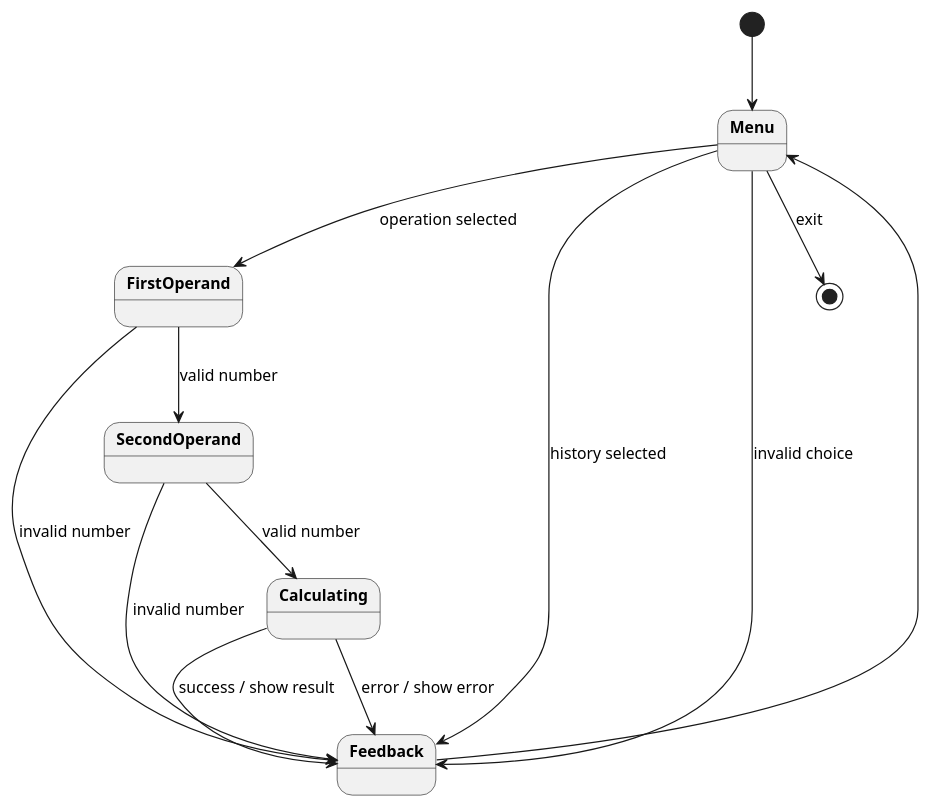
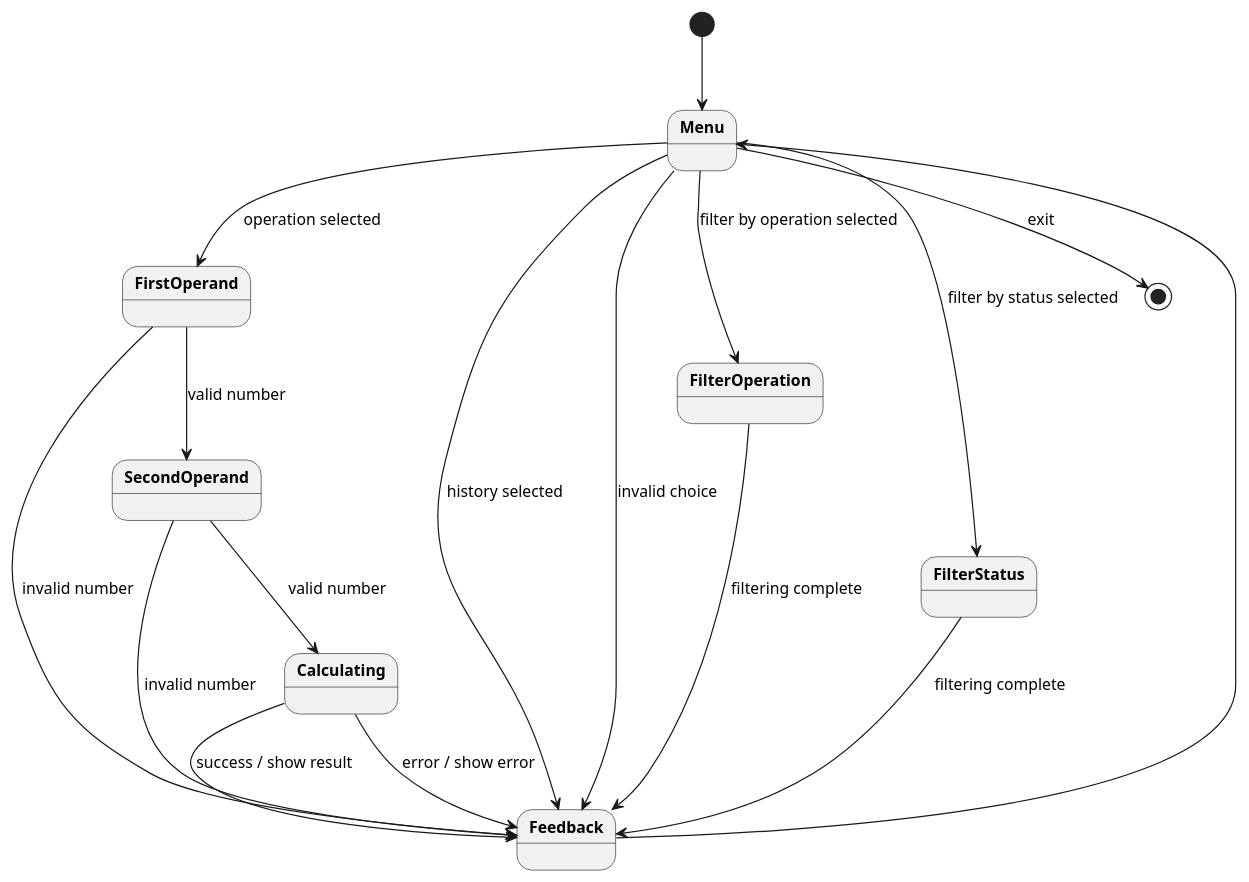
Before and after one commit to DanielRiha8906/Software_autoevolution_using_agents: the diagram in experiments/pipeline/structured_text/calculator/artifacts/state_diagram_interactive.puml, drawn with PlantUML. The commit also changed 11 other files, not shown here.

```diff
--- a/experiments/pipeline/structured_text/calculator/artifacts/state_diagram_interactive.puml
+++ b/experiments/pipeline/structured_text/calculator/artifacts/state_diagram_interactive.puml
@@ -1,25 +1,30 @@
 @startuml
 
 skinparam defaultFontSize 13
 skinparam stateFontStyle bold
 
 top to bottom direction
 
 [*] --> Menu
 
 Menu --> FirstOperand : operation selected
 Menu --> Feedback : history selected
+Menu --> FilterOperation : filter by operation selected
+Menu --> FilterStatus : filter by status selected
 Menu --> Feedback : invalid choice
 Menu --> [*] : exit
+
+FilterOperation --> Feedback : filtering complete
+FilterStatus --> Feedback : filtering complete
 
 FirstOperand --> SecondOperand : valid number
 FirstOperand --> Feedback : invalid number
 
 SecondOperand --> Calculating : valid number
 SecondOperand --> Feedback : invalid number
 
 Calculating --> Feedback : success / show result
 Calculating --> Feedback : error / show error
 Feedback --> Menu
 
 @enduml
```
